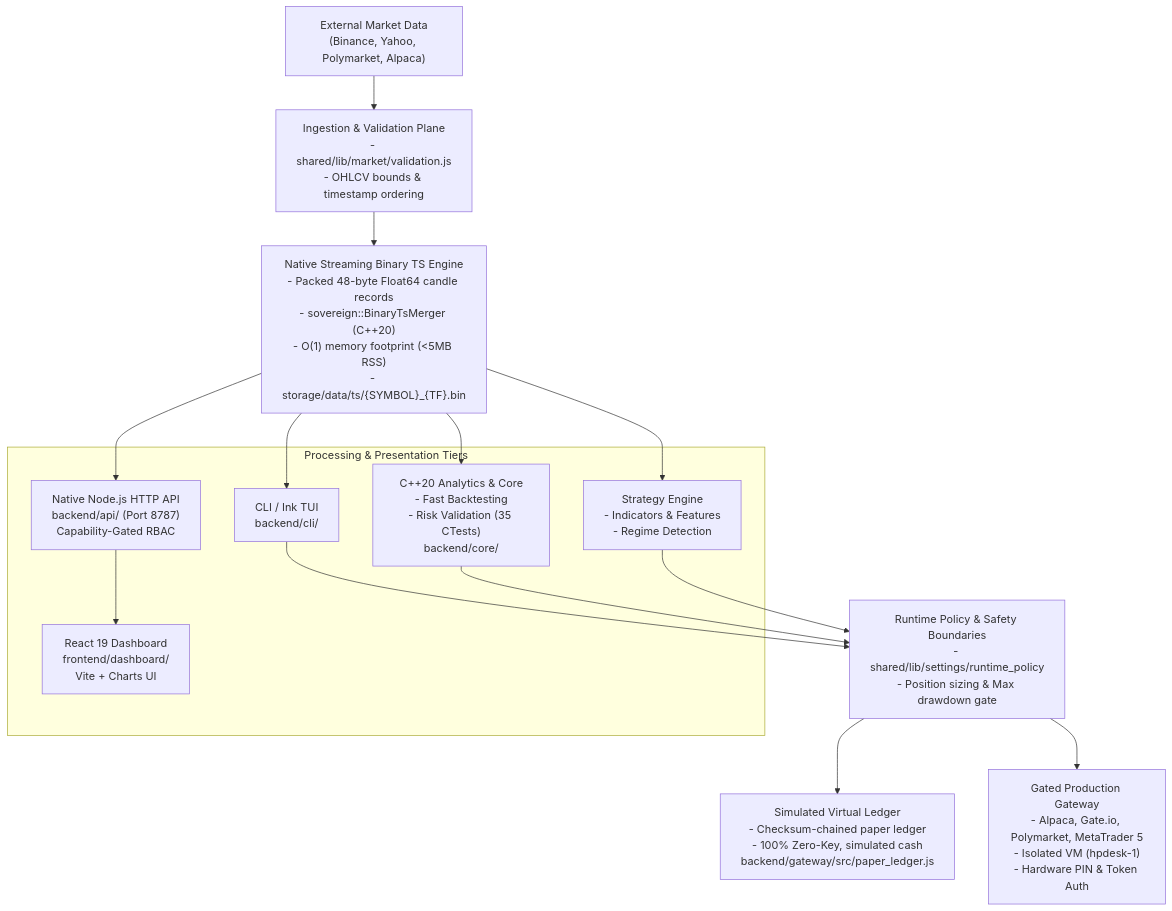
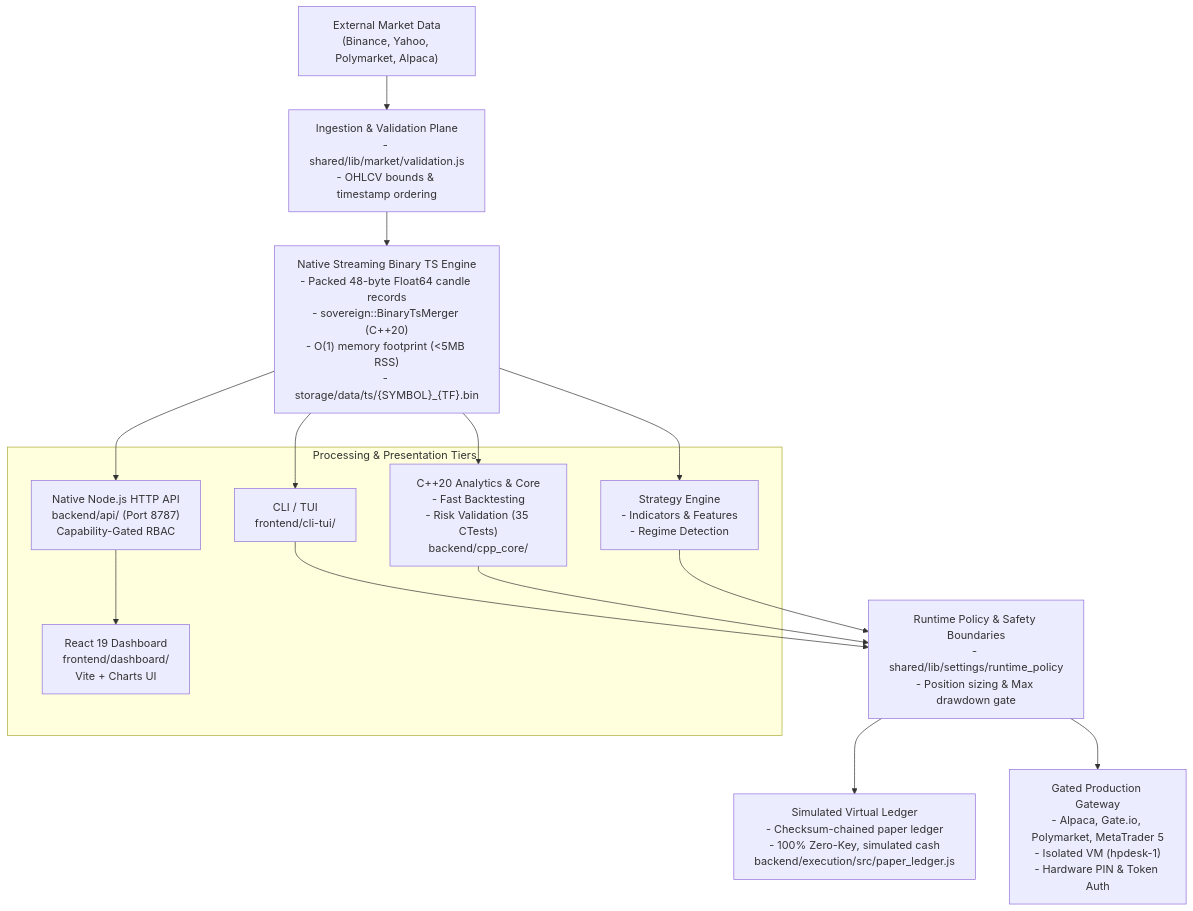
Before and after one commit to vgbn2/personal_finance_draft: the diagram in README.md, drawn with Mermaid. The commit also changed other lines of this file and 846 other files, not shown here.

Commit message:
refactor(architecture): execute debloat, native renames, and structural alignment

````diff
--- a/README.md
+++ b/README.md
@@ -76,34 +76,34 @@
 ```mermaid
 flowchart TD
     EXT["External Market Data<br/>(Binance, Yahoo, Polymarket, Alpaca)"]
     INGEST["Ingestion & Validation Plane<br/>- shared/lib/market/validation.js<br/>- OHLCV bounds & timestamp ordering"]
     TS["Native Streaming Binary TS Engine<br/>- Packed 48-byte Float64 candle records<br/>- sovereign::BinaryTsMerger (C++20)<br/>- O(1) memory footprint (<5MB RSS)<br/>- storage/data/ts/{SYMBOL}_{TF}.bin"]
 
     EXT --> INGEST
     INGEST --> TS
 
     subgraph CoreTiers["Processing & Presentation Tiers"]
-        CLI["CLI / Ink TUI<br/>backend/cli/"]
+        CLI["CLI / TUI<br/>frontend/cli-tui/"]
         API["Native Node.js HTTP API<br/>backend/api/ (Port 8787)<br/>Capability-Gated RBAC"]
         DASH["React 19 Dashboard<br/>frontend/dashboard/<br/>Vite + Charts UI"]
-        CPP["C++20 Analytics & Core<br/>- Fast Backtesting<br/>- Risk Validation (35 CTests)<br/>backend/core/"]
+        CPP["C++20 Analytics & Core<br/>- Fast Backtesting<br/>- Risk Validation (35 CTests)<br/>backend/cpp_core/"]
         STRAT["Strategy Engine<br/>- Indicators & Features<br/>- Regime Detection"]
     end
 
     TS --> CLI
     TS --> API
     TS --> CPP
     TS --> STRAT
     API --> DASH
 
     POLICY["Runtime Policy & Safety Boundaries<br/>- shared/lib/settings/runtime_policy<br/>- Position sizing & Max drawdown gate"]
     CLI --> POLICY
     CPP --> POLICY
     STRAT --> POLICY
 
-    PAPER["Simulated Virtual Ledger<br/>- Checksum-chained paper ledger<br/>- 100% Zero-Key, simulated cash<br/>backend/gateway/src/paper_ledger.js"]
+    PAPER["Simulated Virtual Ledger<br/>- Checksum-chained paper ledger<br/>- 100% Zero-Key, simulated cash<br/>backend/execution/src/paper_ledger.js"]
     GATEWAY["Gated Production Gateway<br/>- Alpaca, Gate.io, Polymarket, MetaTrader 5<br/>- Isolated VM (hpdesk-1)<br/>- Hardware PIN & Token Auth"]
 
     POLICY --> PAPER
     POLICY --> GATEWAY
 ```
````
